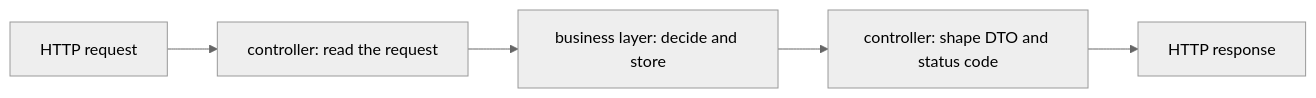
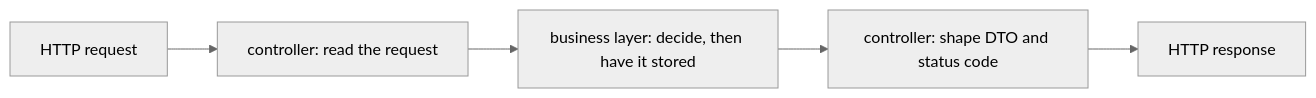
The diagram in content/tracks/design/layered/design.l1.the-controller-layer.en.md (duyan11110/lo-trinh-architect), drawn with Mermaid (neutral theme) before and after one commit. The commit also changed other lines of this file and 2 other files, not shown here.

Commit message:
lesson: apply-review round 1 (technical) for design.l1.the-controller-layer; tracing outline covers products/login shortcuts

````diff
--- a/content/tracks/design/layered/design.l1.the-controller-layer.en.md
+++ b/content/tracks/design/layered/design.l1.the-controller-layer.en.md
@@ -40,7 +40,7 @@
 ```mermaid
 flowchart LR
   R[HTTP request] --> C[controller: read the request]
-  C --> B[business layer: decide and store]
+  C --> B[business layer: decide, then have it stored]
   B --> C2[controller: shape DTO and status code]
   C2 --> S[HTTP response]
 ```
````
